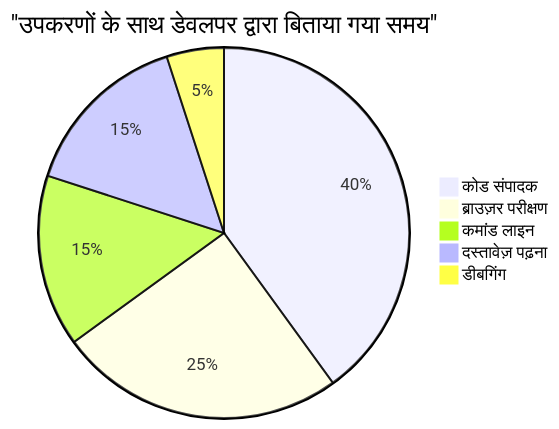
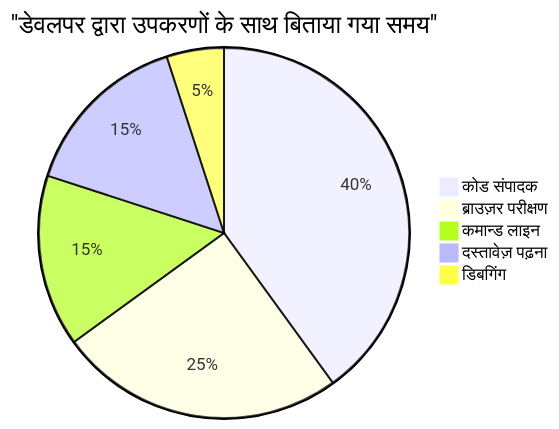
Before and after one commit to microsoft/Web-Dev-For-Beginners: the sixth of 7 diagrams in translations/hi/1-getting-started-lessons/1-intro-to-programming-languages/README.md, drawn with Mermaid. The commit also changed other lines of this file and 8 other files, not shown here.

````diff
--- a/translations/hi/1-getting-started-lessons/1-intro-to-programming-languages/README.md
+++ b/translations/hi/1-getting-started-lessons/1-intro-to-programming-languages/README.md
@@ -713,8 +709,8 @@
 ```mermaid
-pie title "उपकरणों के साथ डेवलपर द्वारा बिताया गया समय"
+pie title "डेवलपर द्वारा उपकरणों के साथ बिताया गया समय"
     "कोड संपादक" : 40
     "ब्राउज़र परीक्षण" : 25
-    "कमांड लाइन" : 15
+    "कमान्ड लाइन" : 15
     "दस्तावेज़ पढ़ना" : 15
-    "डीबगिंग" : 5
-```
+    "डिबगिंग" : 5
+```  
````
